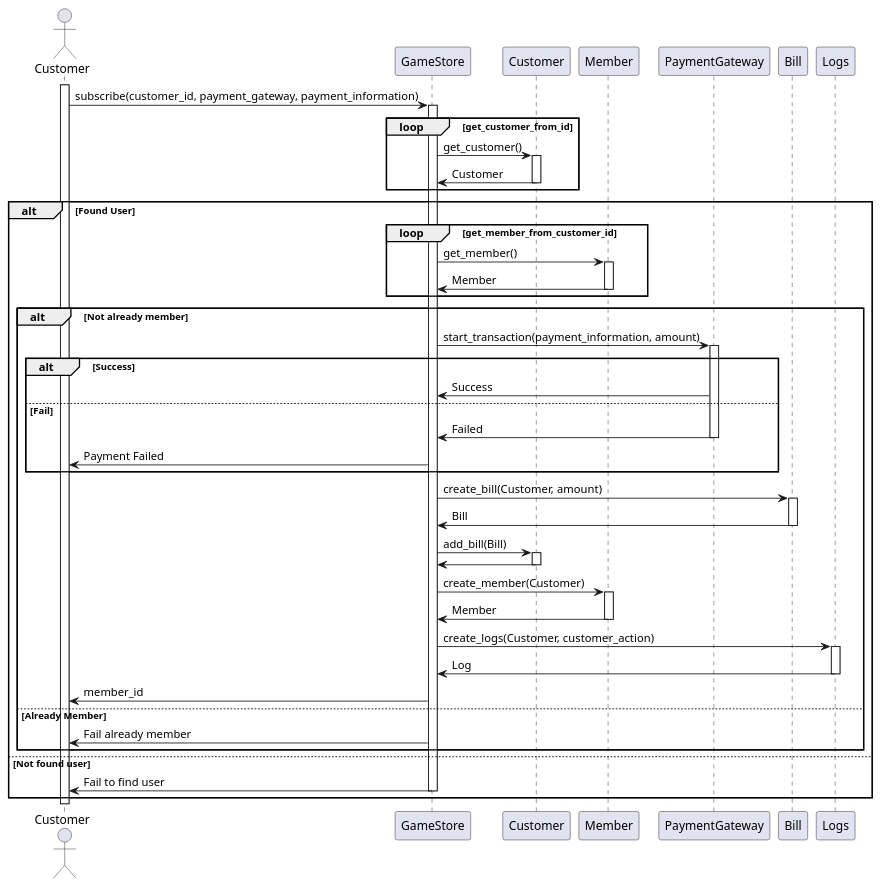
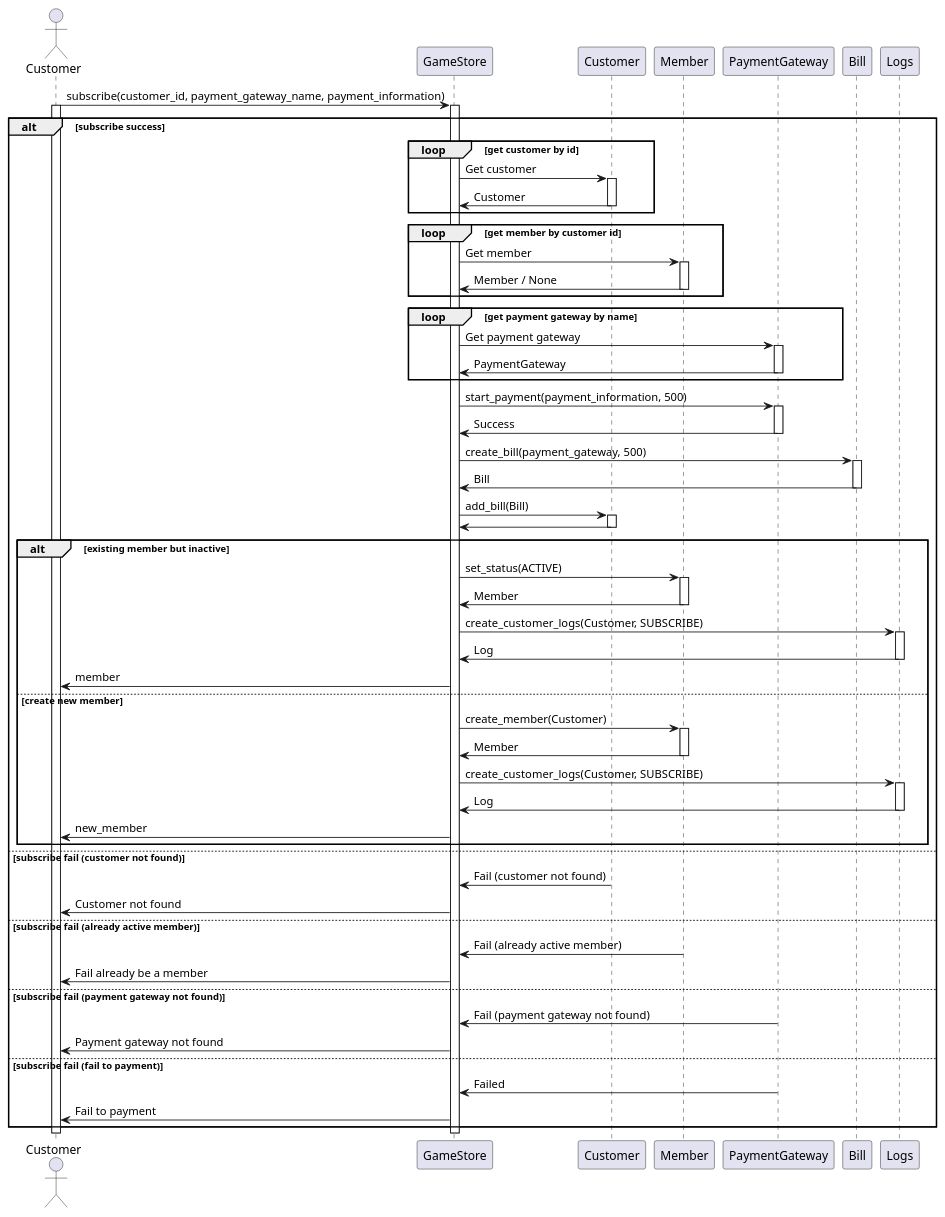
One commit to WaroonRagwongsiri/OOP_Project changed the diagram in SequenceDiagram/sequence_diagram_subscribe.puml. Above: the diagram before and after it, drawn with PlantUML. The commit also changed 2 other files, not shown here.

Commit message:
Add Subscribe prompt and fix the sequnce diagram

```diff
--- a/SequenceDiagram/sequence_diagram_subscribe.puml
+++ b/SequenceDiagram/sequence_diagram_subscribe.puml
@@ -1,96 +1,118 @@
 @startuml UsecaseSequenceDiagram
 
 actor Customer as A_Customer
 participant GameStore
 participant Customer as P_Customer
 participant Member
 participant PaymentGateway
 participant Bill
 participant Logs
 
+A_Customer -> GameStore : subscribe(customer_id, payment_gateway_name, payment_information)
 activate A_Customer
-
-A_Customer -> GameStore : subscribe(customer_id, payment_gateway, payment_information)
 activate GameStore
 
-loop get_customer_from_id
+alt subscribe success
 
-	GameStore -> P_Customer : get_customer()
-	activate P_Customer
+	loop get customer by id
 
-	P_Customer -> GameStore : Customer
-	deactivate P_Customer
+		GameStore -> P_Customer : Get customer
+		activate P_Customer
 
-end
+		P_Customer -> GameStore : Customer
+		deactivate P_Customer
 
-alt Found User
+	end
 
-	loop get_member_from_customer_id
+	loop get member by customer id
 
-		GameStore -> Member : get_member()
+		GameStore -> Member : Get member
 		activate Member
 
-		Member -> GameStore : Member
+		Member -> GameStore : Member / None
 		deactivate Member
 
 	end
 
-	alt Not already member
+	loop get payment gateway by name
 
-		GameStore -> PaymentGateway : start_transaction(payment_information, amount)
+		GameStore -> PaymentGateway : Get payment gateway
 		activate PaymentGateway
 
-		alt Success
+		PaymentGateway -> GameStore : PaymentGateway
+		deactivate PaymentGateway
 
-			PaymentGateway -> GameStore : Success
+	end
 
-		else Fail
+	GameStore -> PaymentGateway : start_payment(payment_information, 500)
+	activate PaymentGateway
 
-			PaymentGateway -> GameStore : Failed
-			deactivate PaymentGateway
+	PaymentGateway -> GameStore : Success
+	deactivate PaymentGateway
 
-			GameStore -> A_Customer : Payment Failed
+	GameStore -> Bill : create_bill(payment_gateway, 500)
+	activate Bill
+	Bill -> GameStore : Bill
+	deactivate Bill
 
-		end
+	GameStore -> P_Customer : add_bill(Bill)
+	activate P_Customer
+	P_Customer -> GameStore
+	deactivate P_Customer
 
-		GameStore -> Bill : create_bill(Customer, amount)
-		activate Bill
+	alt existing member but inactive
 
-		Bill -> GameStore : Bill
-		deactivate Bill
+		GameStore -> Member : set_status(ACTIVE)
+		activate Member
+		Member -> GameStore : Member
+		deactivate Member
 
-		GameStore -> P_Customer : add_bill(Bill)
-		activate P_Customer
+		GameStore -> Logs : create_customer_logs(Customer, SUBSCRIBE)
+		activate Logs
+		Logs -> GameStore : Log
+		deactivate Logs
 
-		P_Customer -> GameStore
-		deactivate P_Customer
+		GameStore -> A_Customer : member
+
+	else create new member
 
 		GameStore -> Member : create_member(Customer)
 		activate Member
-
 		Member -> GameStore : Member
 		deactivate Member
 
-		GameStore -> Logs : create_logs(Customer, customer_action)
+		GameStore -> Logs : create_customer_logs(Customer, SUBSCRIBE)
 		activate Logs
-
 		Logs -> GameStore : Log
 		deactivate Logs
 
-		GameStore -> A_Customer : member_id
-
-	else Already Member
-
-		GameStore -> A_Customer : Fail already member
+		GameStore -> A_Customer : new_member
 
 	end
 
-else Not found user
+else subscribe fail (customer not found)
 
-	GameStore -> A_Customer : Fail to find user
-	deactivate GameStore
+	P_Customer -> GameStore : Fail (customer not found)
+	GameStore -> A_Customer : Customer not found
+
+else subscribe fail (already active member)
+
+	Member -> GameStore : Fail (already active member)
+	GameStore -> A_Customer : Fail already be a member
+
+else subscribe fail (payment gateway not found)
+
+	PaymentGateway -> GameStore : Fail (payment gateway not found)
+	GameStore -> A_Customer : Payment gateway not found
+
+else subscribe fail (fail to payment)
+
+	PaymentGateway -> GameStore : Failed
+	GameStore -> A_Customer : Fail to payment
+
 end
 
+deactivate GameStore
 deactivate A_Customer
 
 @enduml
```
